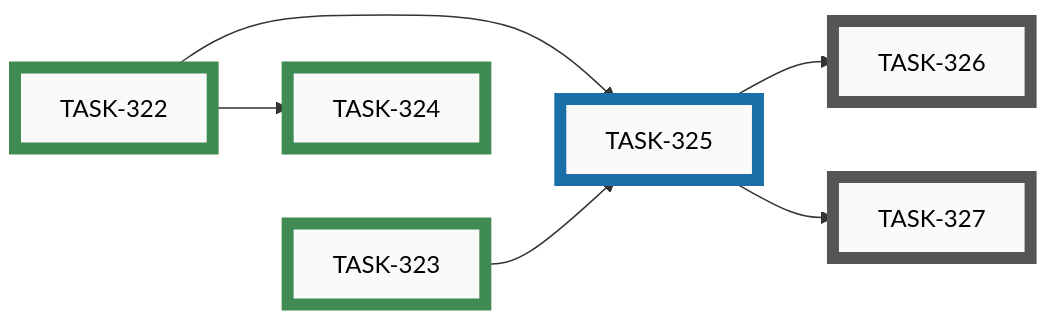
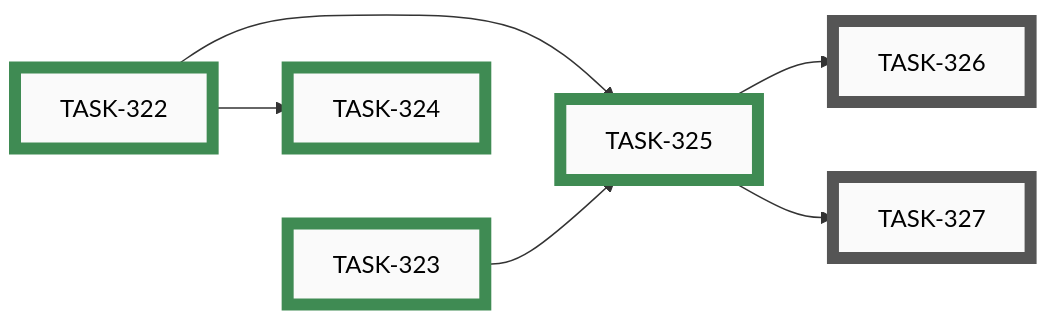
The seventh of 8 diagrams in docs/developers/tasks/EPICS.md (tgd1975/AwesomeStudioPedal), drawn with Mermaid before and after one commit. The commit also changed other lines of this file and 6 other files, not shown here.

First line of the commit message:
close TASK-325: Implement pre-commit hook enforcement of /commit-only commits

````diff
--- a/docs/developers/tasks/EPICS.md
+++ b/docs/developers/tasks/EPICS.md
@@ -243,29 +243,29 @@
 ```mermaid
 graph LR
     TASK_326["TASK-326"]:::open
     TASK_327["TASK-327"]:::open
-    TASK_325["TASK-325"]:::active
     TASK_322["TASK-322"]:::closed
     TASK_323["TASK-323"]:::closed
     TASK_324["TASK-324"]:::closed
+    TASK_325["TASK-325"]:::closed
     TASK_325 --> TASK_326
     TASK_325 --> TASK_327
+    TASK_322 --> TASK_324
     TASK_322 --> TASK_325
     TASK_323 --> TASK_325
-    TASK_322 --> TASK_324
     TASK_322 ~~~ TASK_323
     click TASK_326 "open/task-326-route-other-commit-skills-through-commit.md"
     click TASK_327 "open/task-327-decide-partial-hunk-policy.md"
-    click TASK_325 "active/task-325-implement-precommit-hook-enforcement.md"
     click TASK_322 "closed/task-322-decide-commit-provenance-and-bypass-mechanism.md"
     click TASK_323 "closed/task-323-convert-commit-skill-to-pathspec-form.md"
     click TASK_324 "closed/task-324-update-claudemd-and-add-commit-policy-page.md"
+    click TASK_325 "closed/task-325-implement-precommit-hook-enforcement.md"
     classDef open    fill:#FAFAFA,stroke:#555,stroke-width:8px,color:#000
     classDef active  fill:#FAFAFA,stroke:#1A6FA8,stroke-width:8px,color:#000
     classDef closed  fill:#FAFAFA,stroke:#3F8B53,stroke-width:8px,color:#000
     classDef paused  fill:#FAFAFA,stroke:#B07810,stroke-width:8px,color:#000
     classDef openExt    fill:#000,stroke:#888,stroke-width:8px,color:#FFF
     classDef activeExt  fill:#000,stroke:#3FA9F5,stroke-width:8px,color:#FFF
     classDef closedExt  fill:#000,stroke:#7CC68A,stroke-width:8px,color:#FFF
     classDef pausedExt  fill:#000,stroke:#F0B030,stroke-width:8px,color:#FFF
 ```
````
